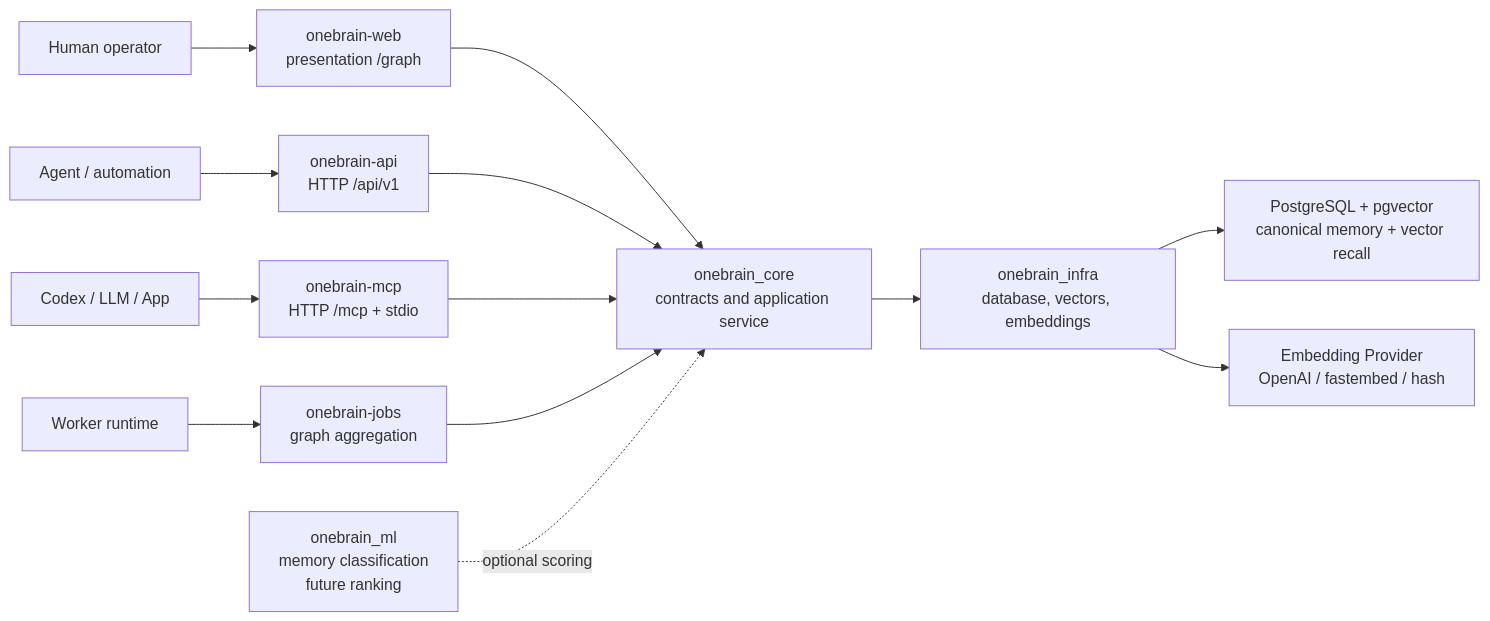
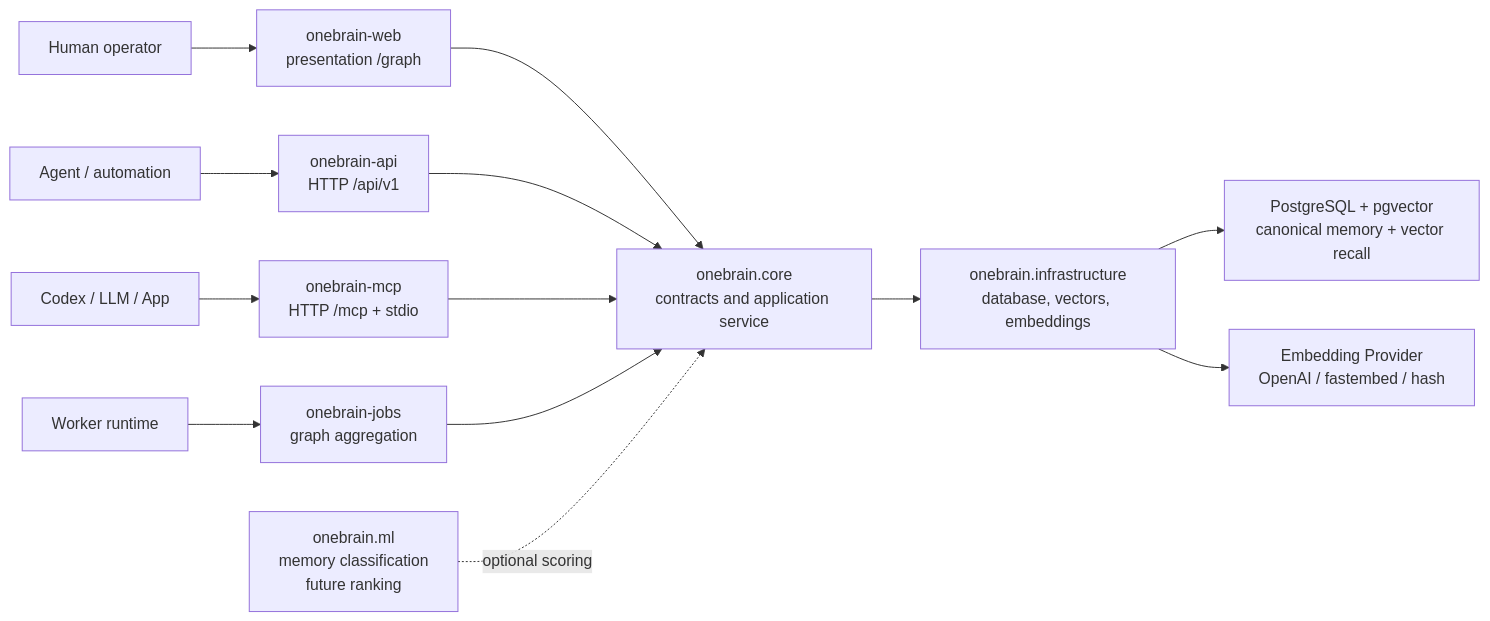
Before and after one commit to viamus/one-brain: the first of 3 diagrams in README.md, drawn with Mermaid. The commit also changed other lines of this file and 148 other files, not shown here.

````diff
--- a/README.md
+++ b/README.md
@@ -24,15 +24,15 @@
 ```mermaid
 flowchart LR
     Client["Codex / LLM / App"] --> MCP["onebrain-mcp<br/>HTTP /mcp + stdio"]
     Human["Human operator"] --> Web["onebrain-web<br/>presentation /graph"]
     Integrator["Agent / automation"] --> API["onebrain-api<br/>HTTP /api/v1"]
     Scheduler["Worker runtime"] --> Jobs["onebrain-jobs<br/>graph aggregation"]
-    Web --> Core["onebrain_core<br/>contracts and application service"]
+    Web --> Core["onebrain.core<br/>contracts and application service"]
     API --> Core
     MCP --> Core
     Jobs --> Core
-    Core --> Infra["onebrain_infra<br/>database, vectors, embeddings"]
+    Core --> Infra["onebrain.infrastructure<br/>database, vectors, embeddings"]
     Infra --> Postgres["PostgreSQL + pgvector<br/>canonical memory + vector recall"]
     Infra --> Embed["Embedding Provider<br/>OpenAI / fastembed / hash"]
-    ML["onebrain_ml<br/>memory classification<br/>future ranking"] -. optional scoring .-> Core
+    ML["onebrain.ml<br/>memory classification<br/>future ranking"] -. optional scoring .-> Core
 ```
````
